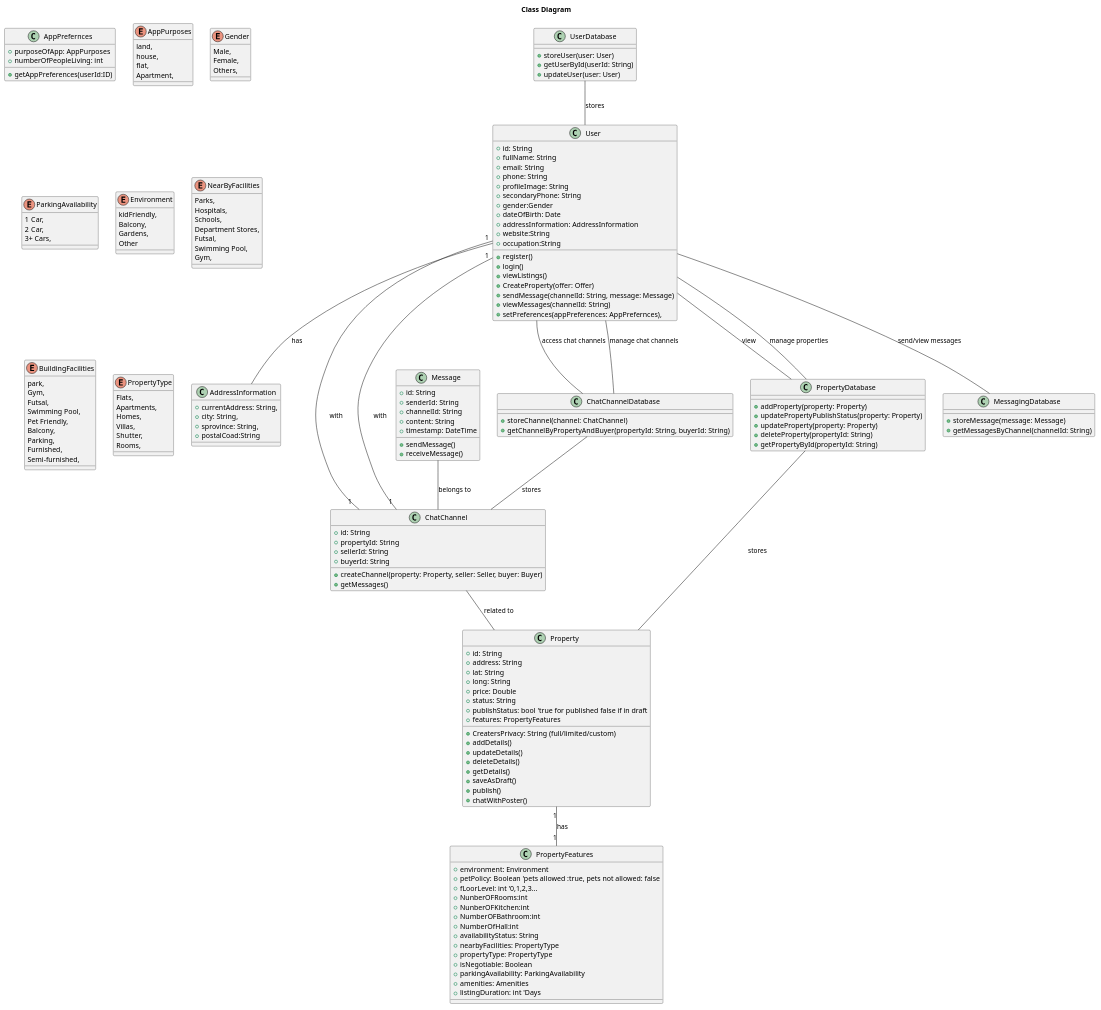
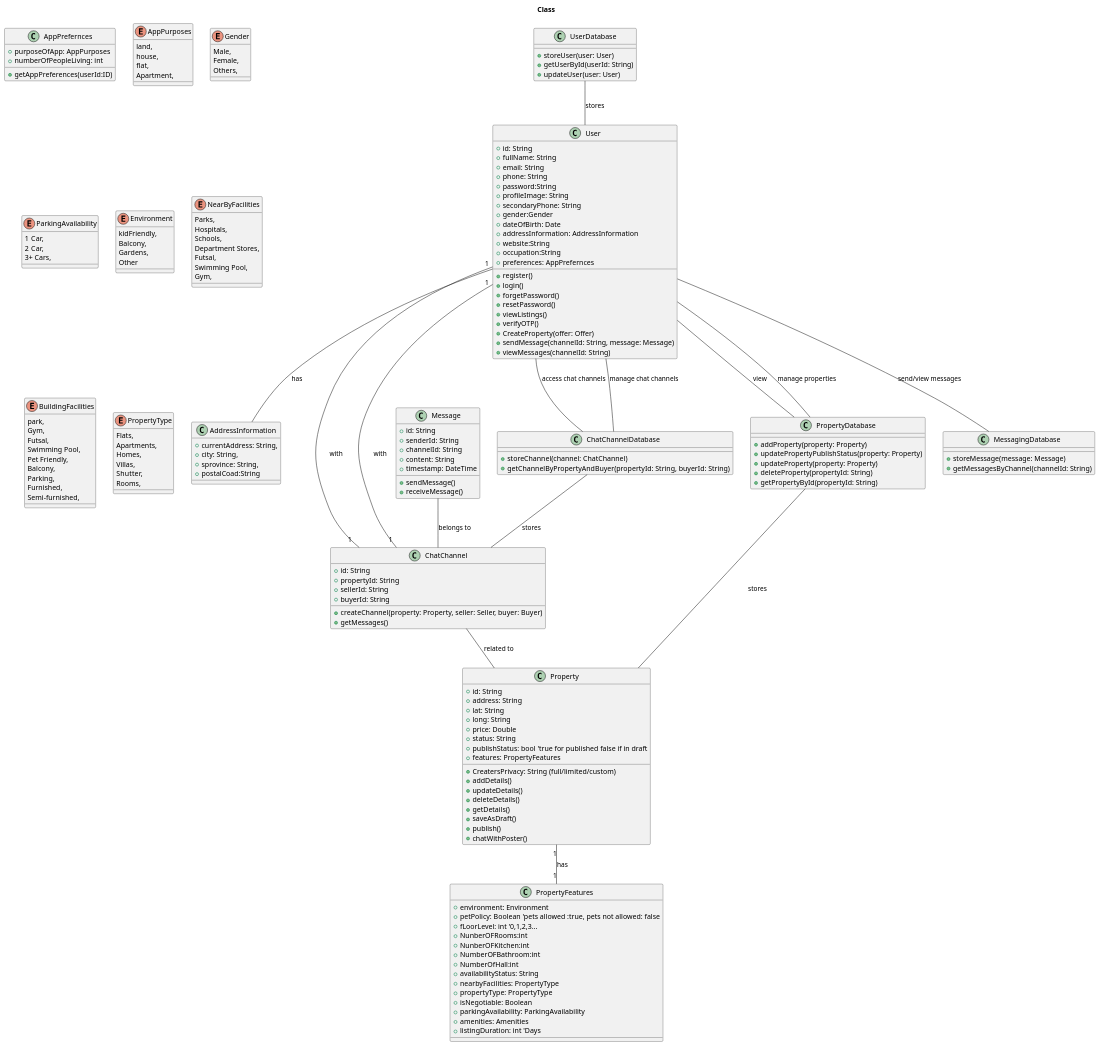
One commit to shankarkharel/Realestate-elaboration changed the diagram in Classs/ClassDiagram.puml. Above: the diagram before and after it, drawn with PlantUML.

Commit message:
Modified classes

```diff
--- a/Classs/ClassDiagram.puml
+++ b/Classs/ClassDiagram.puml
@@ -1,6 +1,6 @@
 @startuml Classes
 
-title Class Diagram 
+title Class 
 
 ' Define the main classes
 class User {
@@ -8,6 +8,7 @@
     +fullName: String
     +email: String
     +phone: String
+    +password:String
     +profileImage: String
     +secondaryPhone: String
     +gender:Gender
@@ -15,19 +16,24 @@
     +addressInformation: AddressInformation
     +website:String
     +occupation:String
+    +preferences: AppPrefernces
     +register()
     +login()
+    +forgetPassword()
+    +resetPassword()
     +viewListings()
+    +verifyOTP()
     +CreateProperty(offer: Offer)
     +sendMessage(channelId: String, message: Message)
     +viewMessages(channelId: String)
-    +setPreferences(appPreferences: AppPrefernces),
+    
 }
 
 class AppPrefernces{
     +purposeOfApp: AppPurposes
     +numberOfPeopleLiving: int
     +getAppPreferences(userId:ID)
+    
 }
 
 enum AppPurposes{
@@ -185,9 +191,7 @@
 
 ' Relationships
 User -- PropertyDatabase : "view"
-' User -- InquiryOfferDatabase : "send inquiry"
-' User -- InquiryOfferDatabase : "submit offer"
-' USer -- InquiryOfferDatabase : "request visit"
+
 User -- ChatChannelDatabase : "access chat channels"
 User -- AddressInformation : "has"
 
```
